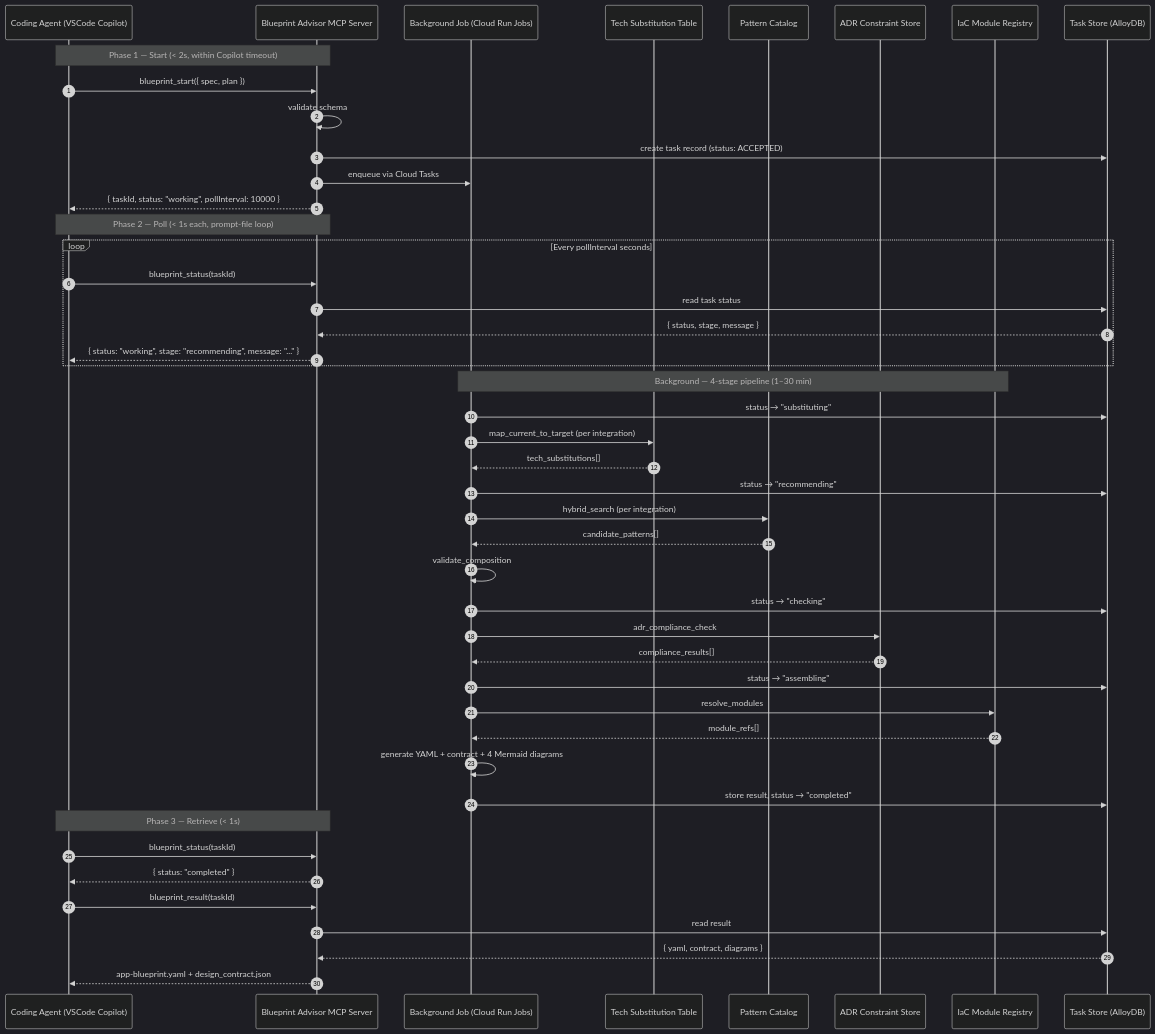
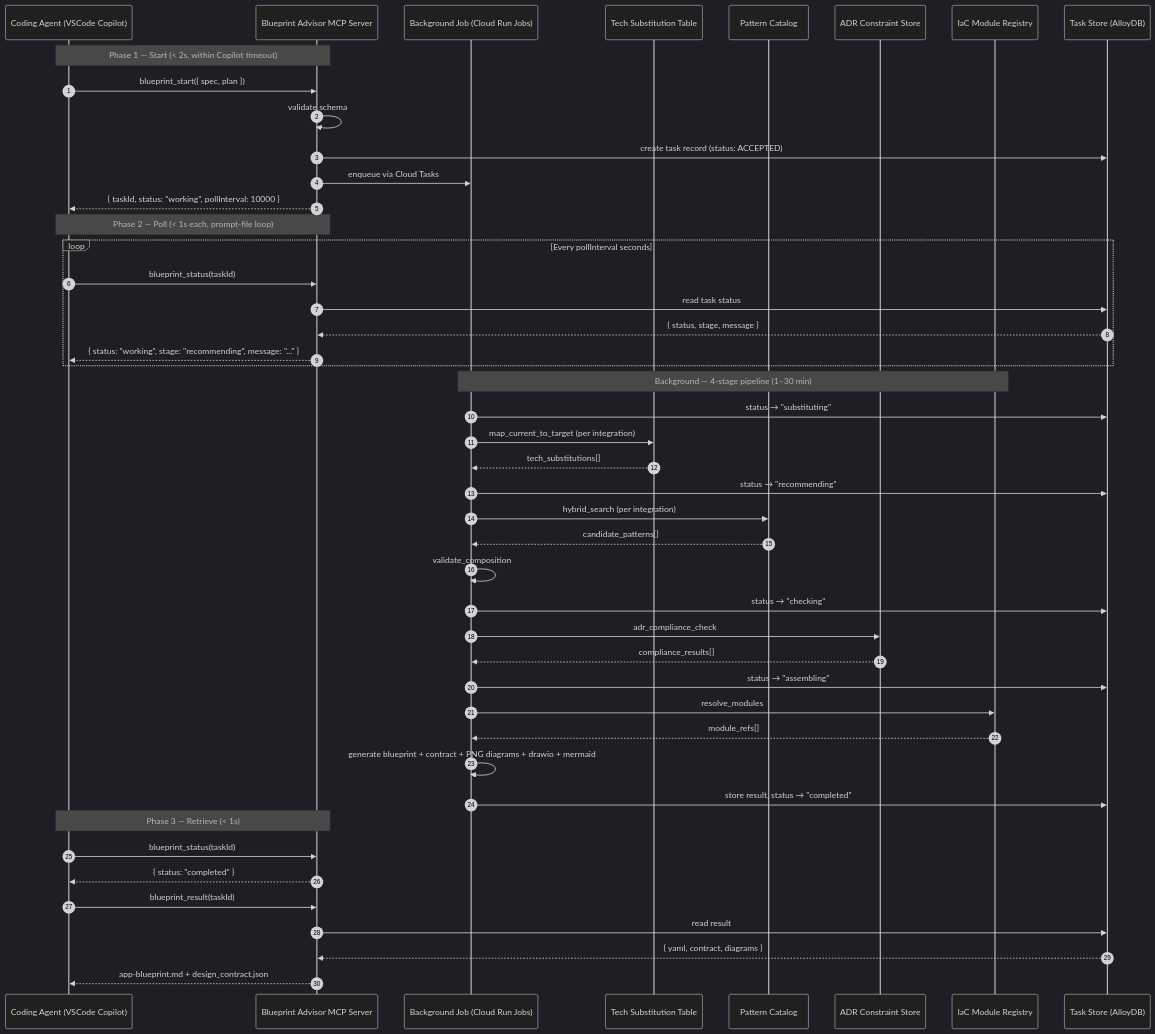
The first of 2 diagrams in csa-tsa-speckit-architecture.md (rnerurkar/engen), drawn with Mermaid (dark theme) before and after one commit. The commit also changed other lines of this file and 5 other files, not shown here.

Commit message:
Update brownfield Speckit docs, diagrams, and add document inventory

````diff
--- a/csa-tsa-speckit-architecture.md
+++ b/csa-tsa-speckit-architecture.md
@@ -335,52 +350,52 @@
 ```mermaid
 sequenceDiagram
     autonumber
     participant Agent as Coding Agent (VSCode Copilot)
     participant MCP as Blueprint Advisor MCP Server
     participant BG as Background Job (Cloud Run Jobs)
     participant TS as Tech Substitution Table
     participant PC as Pattern Catalog
     participant ADR as ADR Constraint Store
     participant IAC as IaC Module Registry
     participant FS as Task Store (AlloyDB)
 
     Note over Agent,MCP: Phase 1 — Start (< 2s, within Copilot timeout)
     Agent->>MCP: blueprint_start({ spec, plan })
     MCP->>MCP: validate schema
     MCP->>FS: create task record (status: ACCEPTED)
     MCP->>BG: enqueue via Cloud Tasks
     MCP-->>Agent: { taskId, status: "working", pollInterval: 10000 }
 
     Note over Agent,MCP: Phase 2 — Poll (< 1s each, prompt-file loop)
     loop Every pollInterval seconds
         Agent->>MCP: blueprint_status(taskId)
         MCP->>FS: read task status
         FS-->>MCP: { status, stage, message }
         MCP-->>Agent: { status: "working", stage: "recommending", message: "..." }
     end
 
     Note over BG,IAC: Background — 4-stage pipeline (1–30 min)
     BG->>FS: status → "substituting"
     BG->>TS: map_current_to_target (per integration)
     TS-->>BG: tech_substitutions[]
     BG->>FS: status → "recommending"
     BG->>PC: hybrid_search (per integration)
     PC-->>BG: candidate_patterns[]
     BG->>BG: validate_composition
     BG->>FS: status → "checking"
     BG->>ADR: adr_compliance_check
     ADR-->>BG: compliance_results[]
     BG->>FS: status → "assembling"
     BG->>IAC: resolve_modules
     IAC-->>BG: module_refs[]
-    BG->>BG: generate YAML + contract + 4 Mermaid diagrams
+    BG->>BG: generate blueprint + contract + PNG diagrams + drawio + mermaid
     BG->>FS: store result, status → "completed"
 
     Note over Agent,MCP: Phase 3 — Retrieve (< 1s)
     Agent->>MCP: blueprint_status(taskId)
     MCP-->>Agent: { status: "completed" }
     Agent->>MCP: blueprint_result(taskId)
     MCP->>FS: read result
     FS-->>MCP: { yaml, contract, diagrams }
-    MCP-->>Agent: app-blueprint.yaml + design_contract.json
+    MCP-->>Agent: app-blueprint.md + design_contract.json
 ```
````
